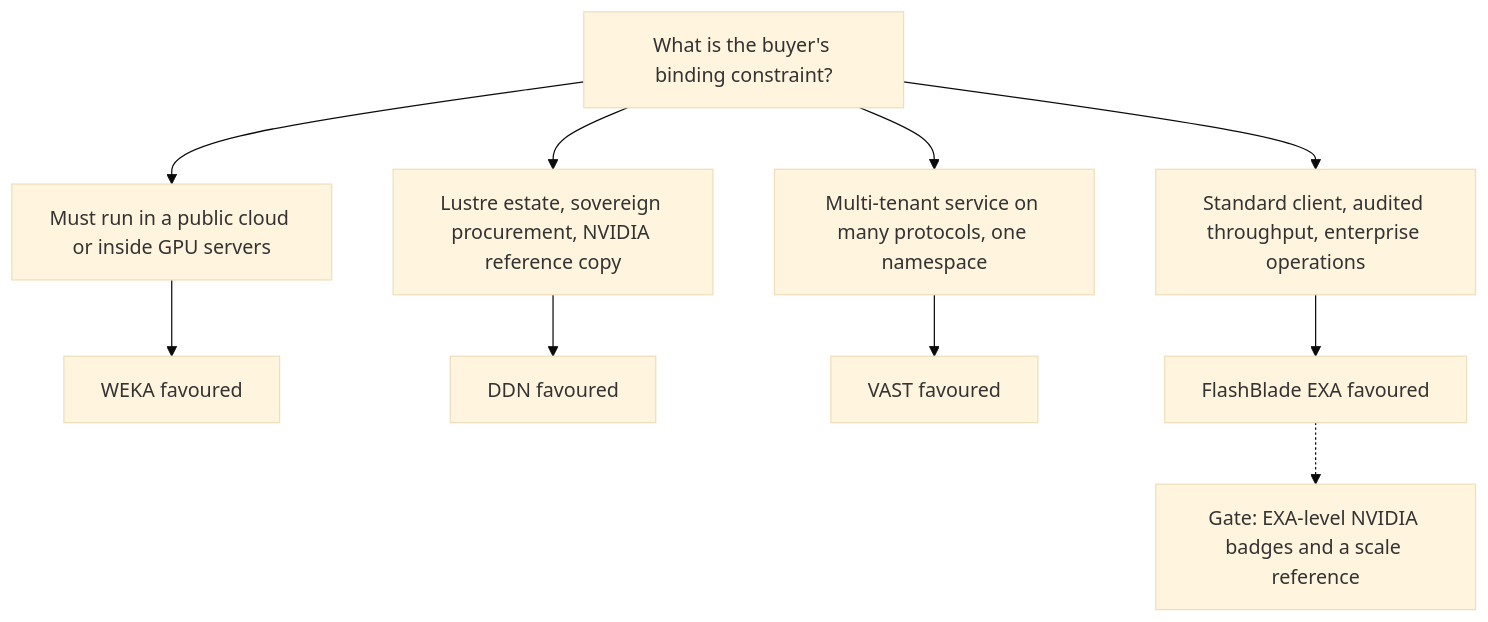
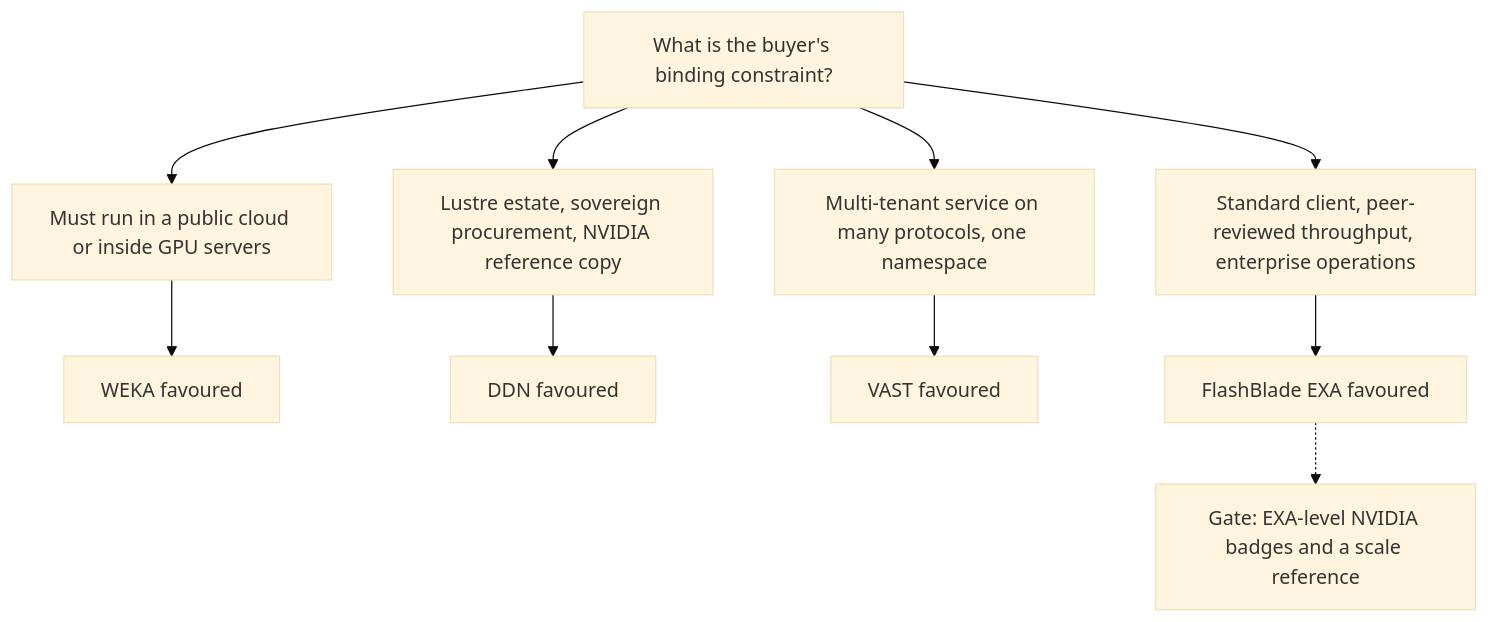
One commit to FrankHuang94/storage-_db_claude changed the first of 2 diagrams in docs/06-industry-and-competition/45-head-to-head.md. Above: the diagram before and after it, drawn with Mermaid (base theme). The commit also changed other lines of this file and 7 other files, not shown here.

First line of the commit message:
review(part8): re-sync Ch 55-60 with reviewed chapters (~45 fixes); cross-part consistency: MLPerf 'peer-reviewed' not 'audited', FlashArray NVRAM reachable by both controllers, hyperscaler IP claim qualified

````diff
--- a/docs/06-industry-and-competition/45-head-to-head.md
+++ b/docs/06-industry-and-competition/45-head-to-head.md
@@ -77,13 +77,13 @@
 ```mermaid
 flowchart TD
     Q["What is the buyer's binding constraint?"]
     Q --> A["Must run in a public cloud or inside GPU servers"]
     Q --> B["Lustre estate, sovereign procurement, NVIDIA reference copy"]
     Q --> C["Multi-tenant service on many protocols, one namespace"]
-    Q --> D["Standard client, audited throughput, enterprise operations"]
+    Q --> D["Standard client, peer-reviewed throughput, enterprise operations"]
     A --> W["WEKA favoured"]
     B --> L["DDN favoured"]
     C --> V["VAST favoured"]
     D --> E["FlashBlade EXA favoured"]
     E -.-> G["Gate: EXA-level NVIDIA badges and a scale reference"]
 ```
````
